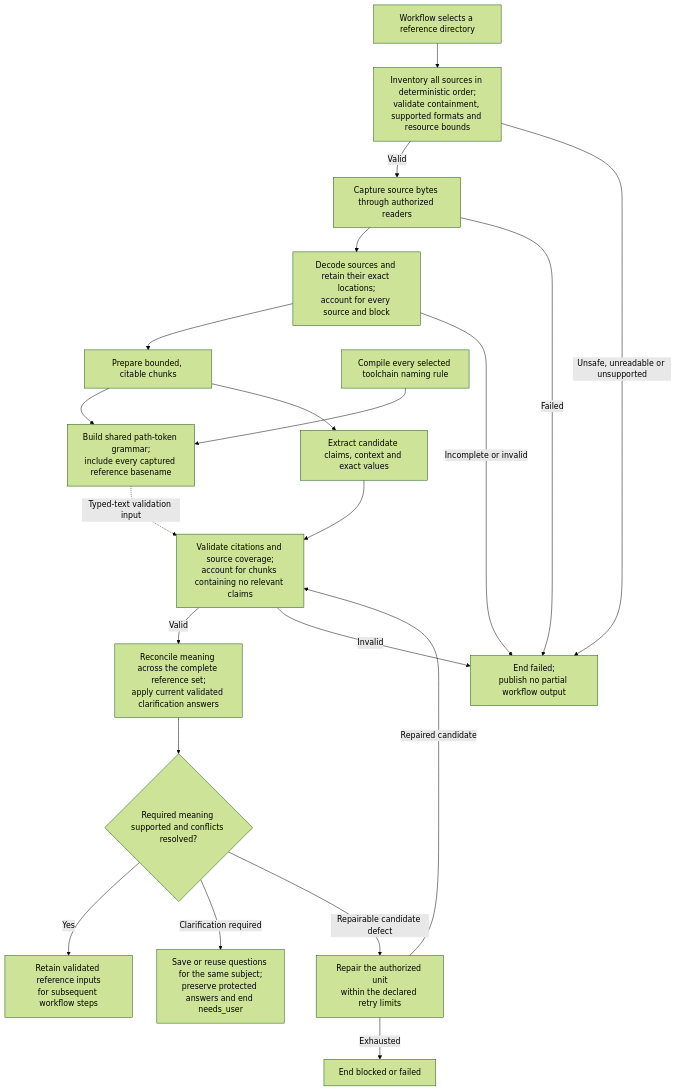
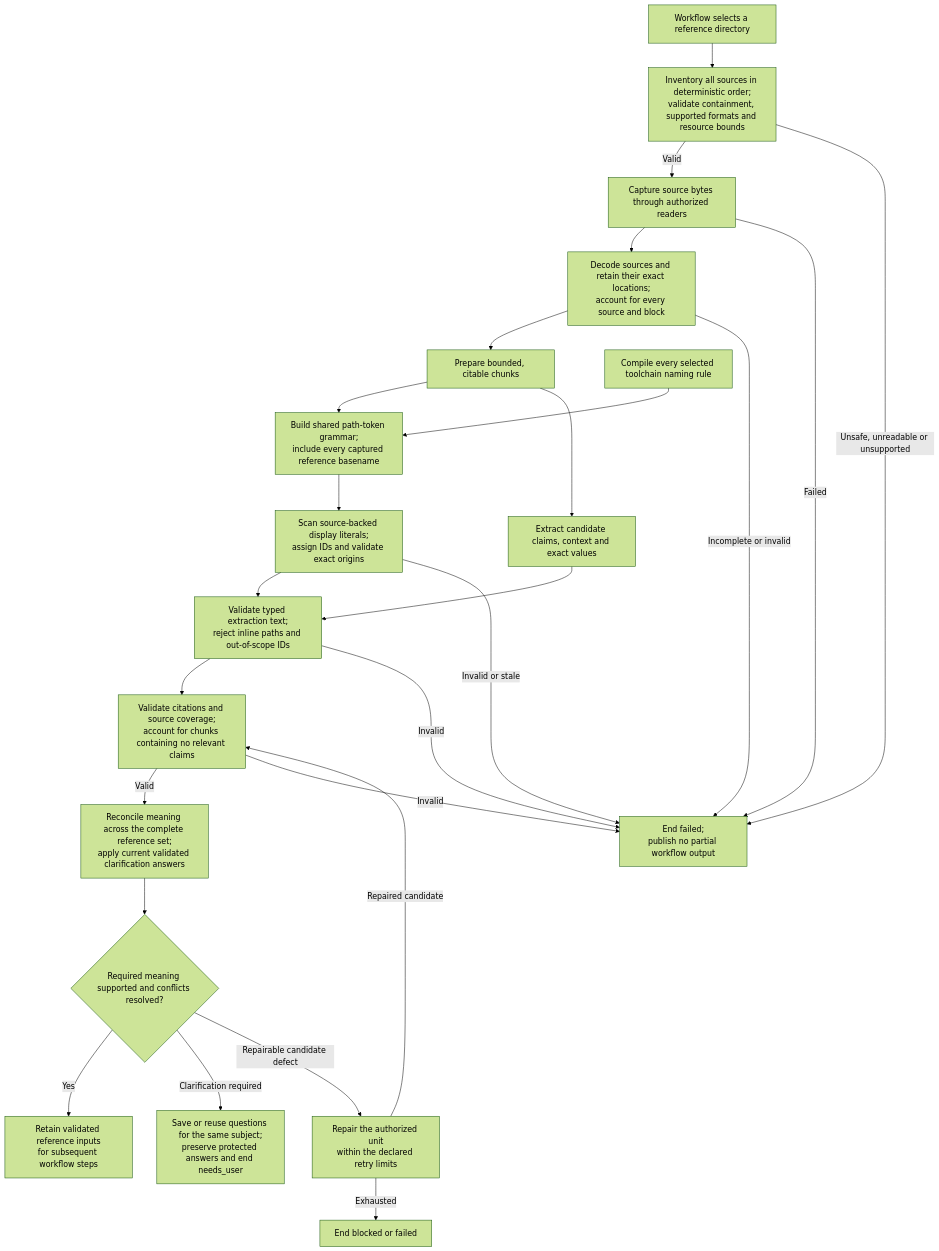
One commit to littledespot/sdde changed the diagram in design/diagrams/05-reference-ingestion.md. Above: the diagram before and after it, drawn with Mermaid (forest theme). The commit also changed other lines of this file and 51 other files, not shown here.

````diff
--- a/design/diagrams/05-reference-ingestion.md
+++ b/design/diagrams/05-reference-ingestion.md
@@ -3,23 +3,27 @@
 ```mermaid
 flowchart TD
     START["Workflow selects a reference directory"] --> INVENTORY["Inventory all sources in deterministic order;<br/>validate containment, supported formats and resource bounds"]
     INVENTORY -->|Valid| CAPTURE["Capture source bytes through authorized readers"]
     CAPTURE --> DECODE["Decode sources and retain their exact locations;<br/>account for every source and block"]
     DECODE --> CHUNKS["Prepare bounded, citable chunks"]
     NAMING["Compile every selected toolchain naming rule"] --> GRAMMAR["Build shared path-token grammar;<br/>include every captured reference basename"]
     CHUNKS --> GRAMMAR
-    GRAMMAR -. "Typed-text validation input" .-> ACCOUNT
+    GRAMMAR --> LITERALS["Scan source-backed display literals;<br/>assign IDs and validate exact origins"]
+    LITERALS --> TEXT["Validate typed extraction text;<br/>reject inline paths and out-of-scope IDs"]
     CHUNKS --> EXTRACT["Extract candidate claims, context and exact values"]
-    EXTRACT --> ACCOUNT["Validate citations and source coverage;<br/>account for chunks containing no relevant claims"]
+    EXTRACT --> TEXT
+    TEXT --> ACCOUNT["Validate citations and source coverage;<br/>account for chunks containing no relevant claims"]
     ACCOUNT -->|Valid| RECONCILE["Reconcile meaning across the complete reference set;<br/>apply current validated clarification answers"]
     RECONCILE --> CHECK{"Required meaning supported and conflicts resolved?"}
     CHECK -->|Yes| CANDIDATE["Retain validated reference inputs<br/>for subsequent workflow steps"]
     CHECK -->|Clarification required| CLARIFY["Save or reuse questions for the same subject;<br/>preserve protected answers and end needs_user"]
     CHECK -->|Repairable candidate defect| REPAIR["Repair the authorized unit<br/>within the declared retry limits"]
     REPAIR -->|Repaired candidate| ACCOUNT
     REPAIR -->|Exhausted| BLOCKED["End blocked or failed"]
     INVENTORY -->|Unsafe, unreadable or unsupported| FAILED["End failed;<br/>publish no partial workflow output"]
     CAPTURE -->|Failed| FAILED
     DECODE -->|Incomplete or invalid| FAILED
     ACCOUNT -->|Invalid| FAILED
+    TEXT -->|Invalid| FAILED
+    LITERALS -->|Invalid or stale| FAILED
 ```
````
